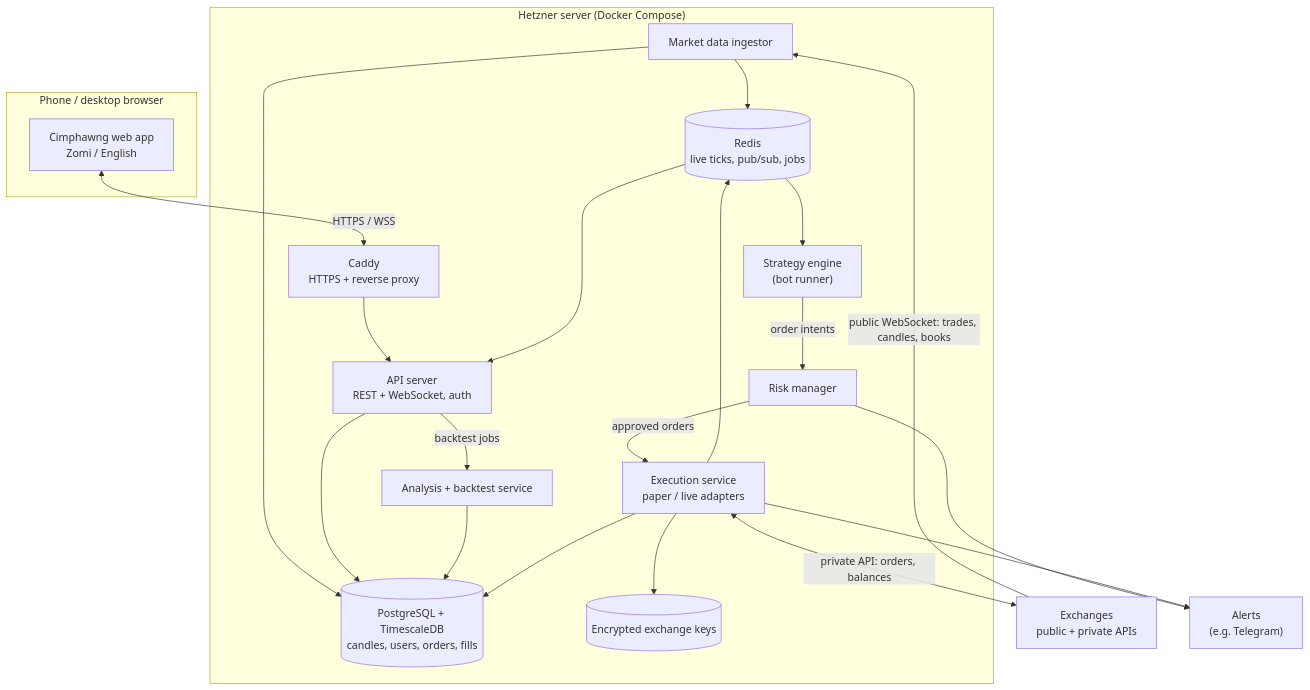
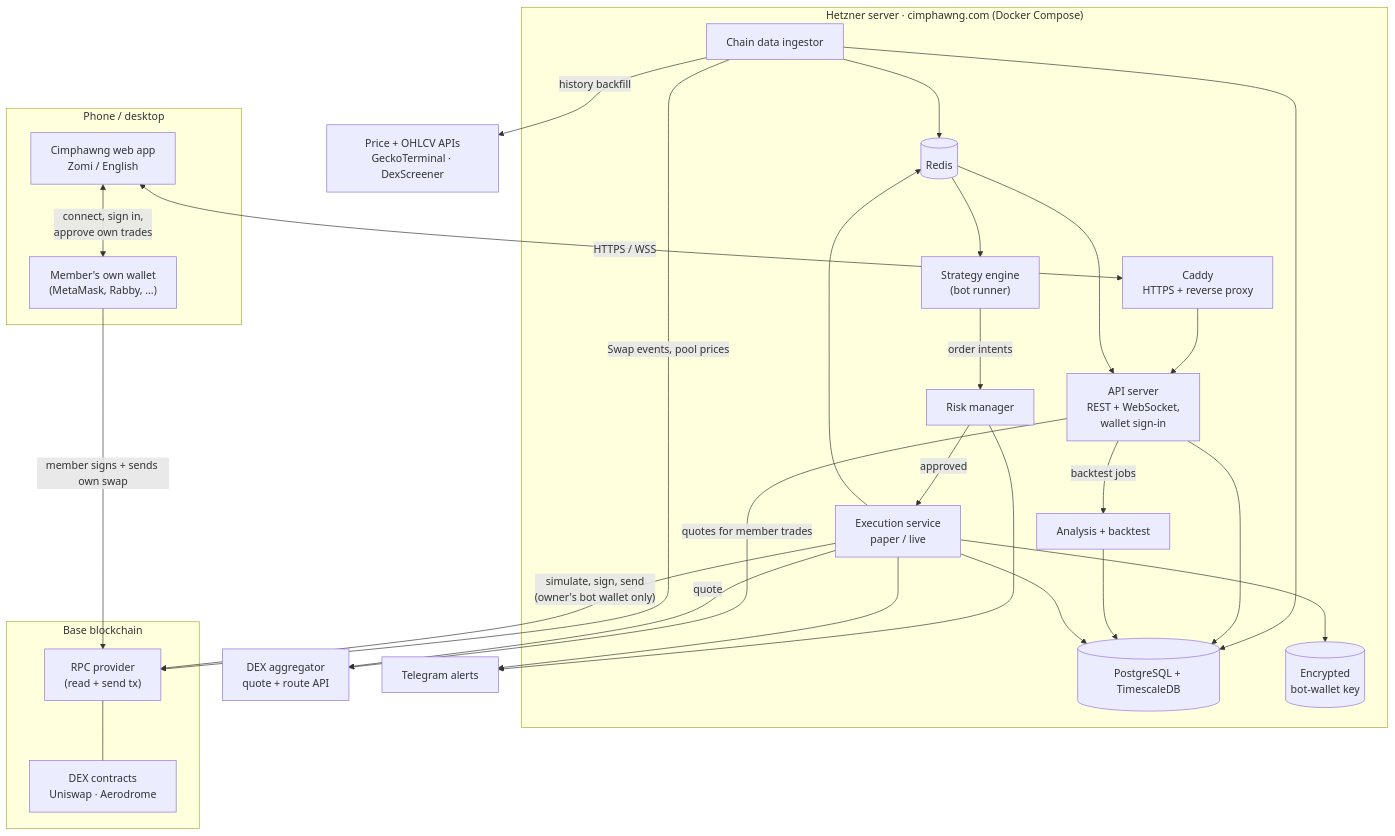
Before and after one commit to mangpijasuan/cimphawng: the second of 5 diagrams in docs/ARCHITECTURE.md, drawn with Mermaid. The commit also changed other lines of this file and 1 other file, not shown here.

First line of the commit message:
Update architecture for DEX, Zomi community and cimphawng.com

````diff
--- a/docs/ARCHITECTURE.md
+++ b/docs/ARCHITECTURE.md
@@ -98,41 +121,46 @@
 ```mermaid
 flowchart TB
-    subgraph Client["Phone / desktop browser"]
+    subgraph Client["Phone / desktop"]
         WEB["Cimphawng web app<br/>Zomi / English"]
+        MW["Member's own wallet<br/>(MetaMask, Rabby, ...)"]
+        WEB <-->|"connect, sign in,<br/>approve own trades"| MW
     end
 
-    subgraph Hetzner["Hetzner server (Docker Compose)"]
+    subgraph Hetzner["Hetzner server · cimphawng.com (Docker Compose)"]
         CADDY["Caddy<br/>HTTPS + reverse proxy"]
-        API["API server<br/>REST + WebSocket, auth"]
-        ING["Market data ingestor"]
-        ANA["Analysis + backtest service"]
+        API["API server<br/>REST + WebSocket,<br/>wallet sign-in"]
+        ING["Chain data ingestor"]
+        ANA["Analysis + backtest"]
         ENG["Strategy engine<br/>(bot runner)"]
         RISK["Risk manager"]
-        EXE["Execution service<br/>paper / live adapters"]
-        REDIS[("Redis<br/>live ticks, pub/sub, jobs")]
-        PG[("PostgreSQL + TimescaleDB<br/>candles, users, orders, fills")]
-        VAULT[("Encrypted exchange keys")]
+        EXE["Execution service<br/>paper / live"]
+        REDIS[("Redis")]
+        PG[("PostgreSQL + TimescaleDB")]
+        KEY[("Encrypted<br/>bot-wallet key")]
     end
 
-    EXCH["Exchanges<br/>public + private APIs"]
-    ALERT["Alerts<br/>(e.g. Telegram)"]
+    subgraph Chain["Base blockchain"]
+        RPC["RPC provider<br/>(read + send tx)"]
+        DEX["DEX contracts<br/>Uniswap · Aerodrome"]
+    end
+    PRICE["Price + OHLCV APIs<br/>GeckoTerminal · DexScreener"]
+    AGG["DEX aggregator<br/>quote + route API"]
+    ALERT["Telegram alerts"]
 
-    WEB <-->|"HTTPS / WSS"| CADDY
-    CADDY --> API
-    EXCH -->|"public WebSocket: trades, candles, books"| ING
-    ING --> REDIS
-    ING --> PG
-    REDIS --> API
-    REDIS --> ENG
+    WEB <-->|"HTTPS / WSS"| CADDY --> API
+    MW -->|"member signs + sends own swap"| RPC
+    ING -->|"Swap events, pool prices"| RPC
+    ING -->|"history backfill"| PRICE
+    ING --> REDIS & PG
+    REDIS --> API & ENG
     API --> PG
-    API -->|"backtest jobs"| ANA
-    ANA --> PG
-    ENG -->|"order intents"| RISK
-    RISK -->|"approved orders"| EXE
-    EXE --> VAULT
-    EXE <-->|"private API: orders, balances"| EXCH
-    EXE --> PG
-    EXE --> REDIS
-    RISK --> ALERT
-    EXE --> ALERT
+    API -->|"quotes for member trades"| AGG
+    API -->|"backtest jobs"| ANA --> PG
+    ENG -->|"order intents"| RISK -->|"approved"| EXE
+    EXE -->|"quote"| AGG
+    EXE --> KEY
+    EXE -->|"simulate, sign, send<br/>(owner's bot wallet only)"| RPC
+    RPC --- DEX
+    EXE --> PG & REDIS
+    RISK & EXE --> ALERT
 ```
````
